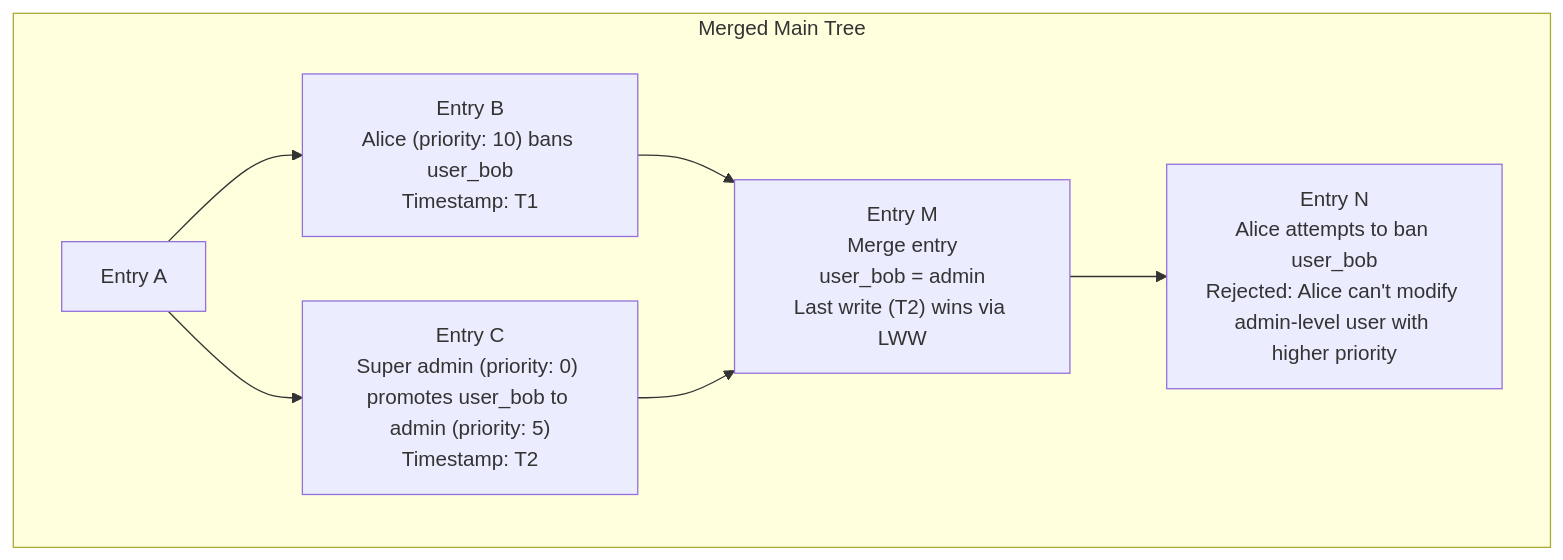
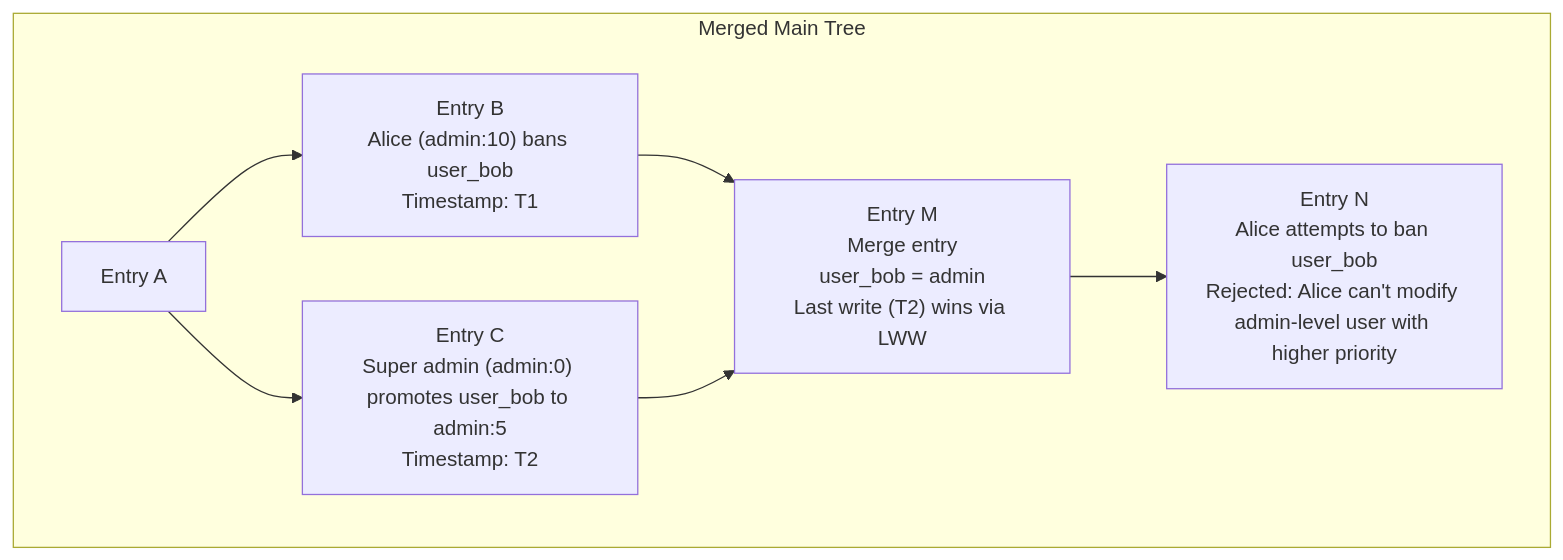
The sixth of 7 diagrams in docs/src/design/authentication.md (arcuru/eidetica), drawn with Mermaid before and after one commit. The commit also changed other lines of this file and 10 other files, not shown here.

````diff
--- a/docs/src/design/authentication.md
+++ b/docs/src/design/authentication.md
@@ -509,16 +510,16 @@
 ```mermaid
 graph TD
     subgraph "Merged Main Tree"
         A["Entry A"]
-        B["Entry B<br/>Alice (priority: 10) bans user_bob<br/>Timestamp: T1"]
-        C["Entry C<br/>Super admin (priority: 0) promotes user_bob to admin (priority: 5)<br/>Timestamp: T2"]
+        B["Entry B<br/>Alice (admin:10) bans user_bob<br/>Timestamp: T1"]
+        C["Entry C<br/>Super admin (admin:0) promotes user_bob to admin:5<br/>Timestamp: T2"]
         M["Entry M<br/>Merge entry<br/>user_bob = admin<br/>Last write (T2) wins via LWW"]
         N["Entry N<br/>Alice attempts to ban user_bob<br/>Rejected: Alice can't modify admin-level user with higher priority"]
     end
 
     A --> B
     A --> C
     B --> M
     C --> M
     M --> N
 ```
````
